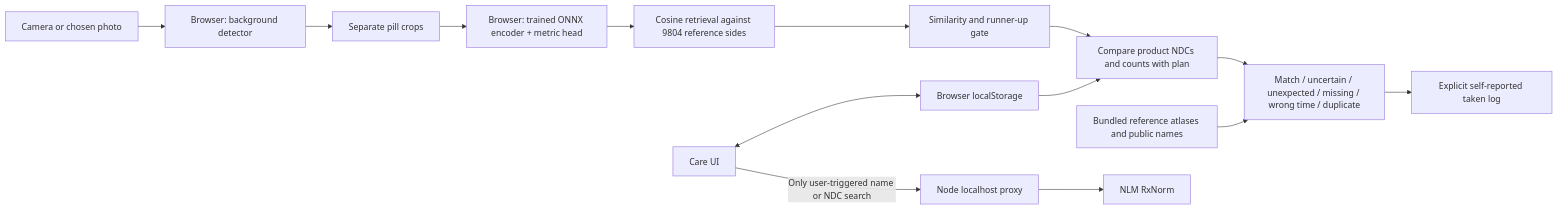
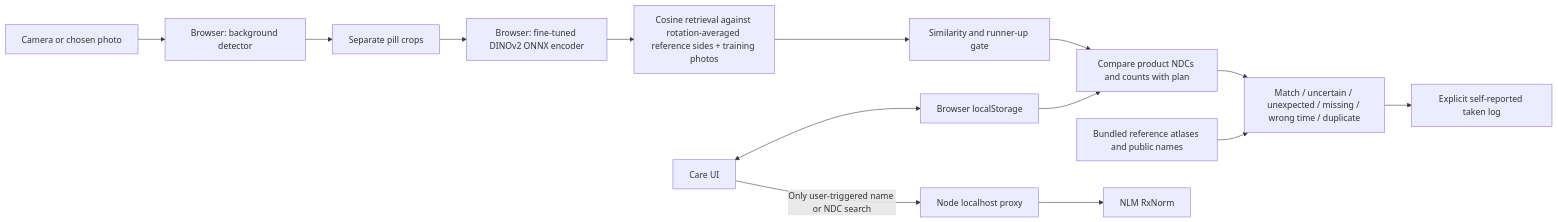
One commit to brandonlign/pillcheck changed the diagram in docs/ARCHITECTURE.md. Above: the diagram before and after it, drawn with Mermaid. The commit also changed other lines of this file and 50 other files, not shown here.

First line of the commit message:
Redesign UI as a native-style app and ship fine-tuned recognition model v2

````diff
--- a/docs/ARCHITECTURE.md
+++ b/docs/ARCHITECTURE.md
@@ -3,16 +3,16 @@
 ```mermaid
 flowchart LR
   Photo[Camera or chosen photo] --> Detector[Browser: background detector]
   Detector --> Crops[Separate pill crops]
-  Crops --> ONNX[Browser: trained ONNX encoder + metric head]
-  ONNX --> Gallery[Cosine retrieval against 9804 reference sides]
+  Crops --> ONNX[Browser: fine-tuned DINOv2 ONNX encoder]
+  ONNX --> Gallery[Cosine retrieval against rotation-averaged reference sides + training photos]
   Gallery --> Gate[Similarity and runner-up gate]
   Gate --> Plan[Compare product NDCs and counts with plan]
   Plan --> Result[Match / uncertain / unexpected / missing / wrong time / duplicate]
   Result --> Log[Explicit self-reported taken log]
   UI[Care UI] <--> Store[Browser localStorage]
   Store --> Plan
   Metadata[Bundled reference atlases and public names] --> Result
   UI -->|Only user-triggered name or NDC search| Proxy[Node localhost proxy]
   Proxy --> NLM[NLM RxNorm]
 ```
````
